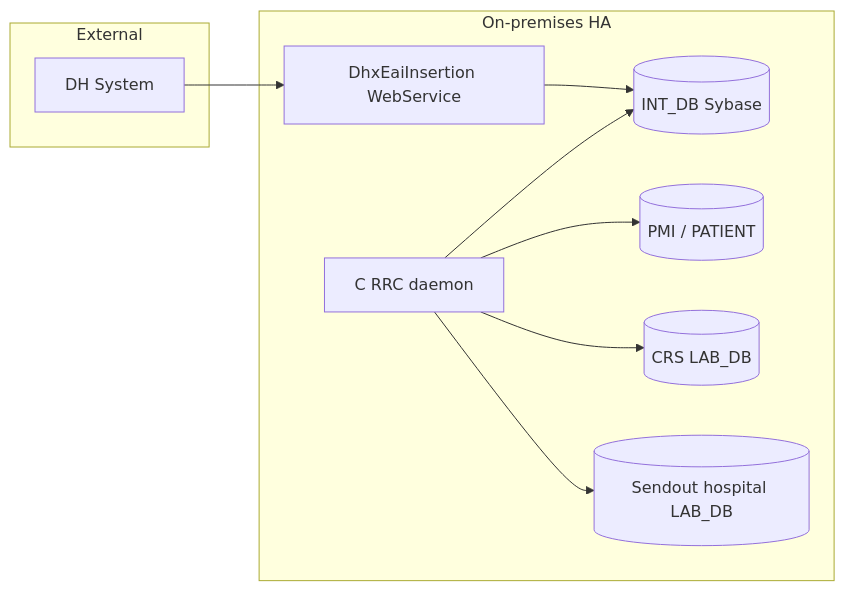
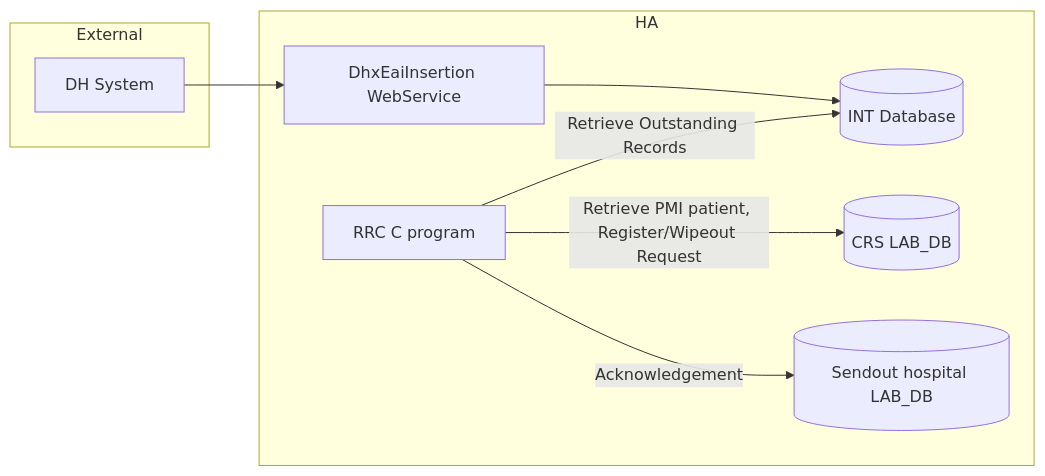
One commit to DragonChong/HA-Notes changed the second of 3 diagrams in LIS/JIRA/Develop cloud application `lis-dhx-rrc-svc` to replace the legacy RRC worker and support dynamic Sybase-PostgreSQL database connectivity during DB migration.md. Above: the diagram before and after it, drawn with Mermaid.

Commit message:
vault backup: 2026-07-20 15:22:57

````diff
--- a/LIS/JIRA/Develop cloud application `lis-dhx-rrc-svc` to replace the legacy RRC worker and support dynamic Sybase-PostgreSQL database connectivity during DB migration.md
+++ b/LIS/JIRA/Develop cloud application `lis-dhx-rrc-svc` to replace the legacy RRC worker and support dynamic Sybase-PostgreSQL database connectivity during DB migration.md
@@ -141,19 +141,17 @@
 ```mermaid
 flowchart LR
     subgraph External["External"]
         DH["DH System"]
     end
-    subgraph OnPrem["On-premises HA"]
+    subgraph HA["HA"]
         WS["DhxEaiInsertion WebService"]
-        INT_DB[("INT_DB Sybase")]
-        C_RRC["C RRC daemon"]
-        PMI[("PMI / PATIENT")]
+        INT_DB[("INT Database")]
+        C_RRC["RRC C program"]
         CRS_DB[("CRS LAB_DB")]
         HOSP_DB[("Sendout hospital LAB_DB")]
     end
     DH --> WS --> INT_DB
-    C_RRC --> INT_DB
-    C_RRC --> PMI
-    C_RRC --> CRS_DB
-    C_RRC --> HOSP_DB
+    C_RRC -- Retrieve Outstanding Records --> INT_DB
+    C_RRC -- Retrieve PMI patient, Register/Wipeout Request--> CRS_DB
+    C_RRC -- Acknowledgement--> HOSP_DB
 ```
````
